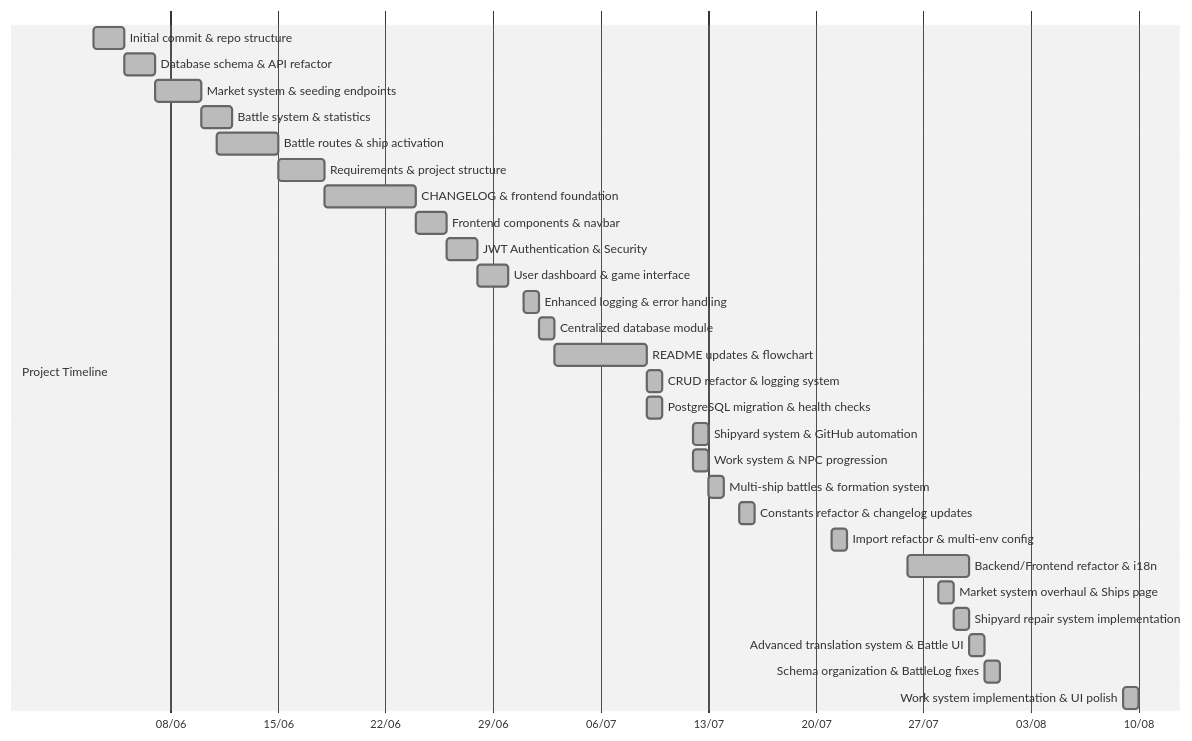
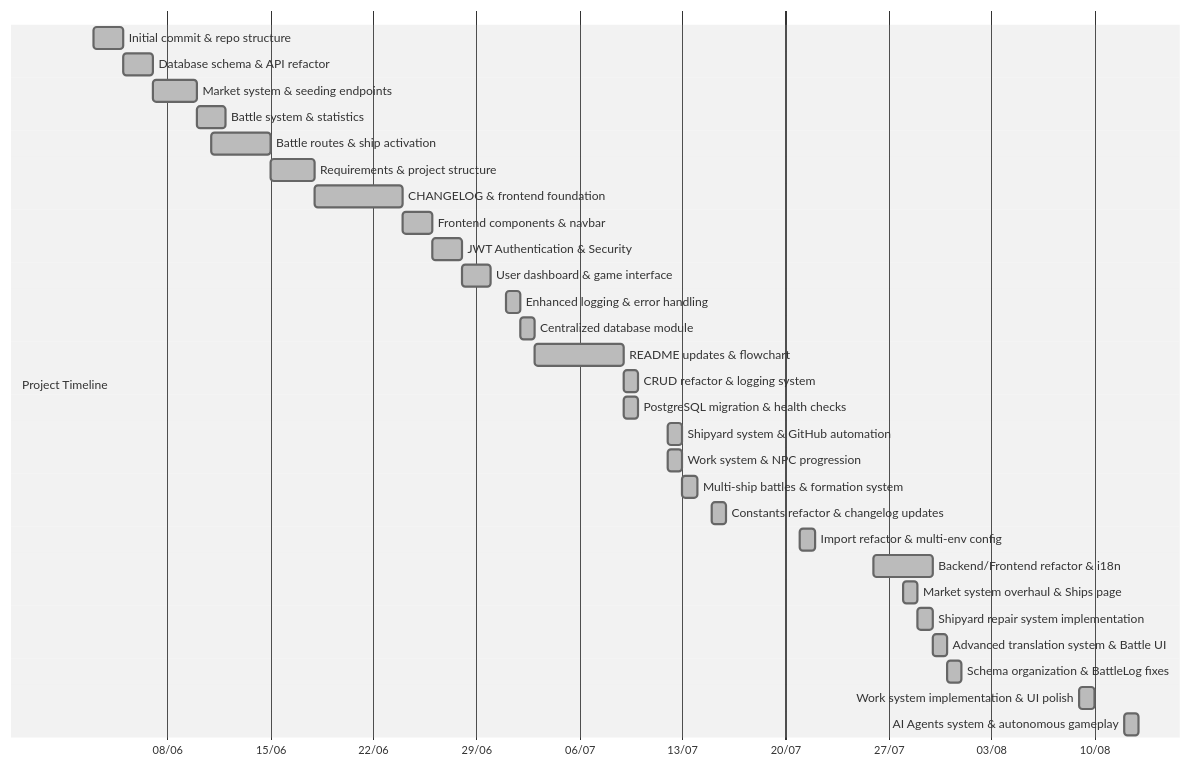
One commit to FilipePacheco73/Bellum-Astrum changed the diagram in README.md. Above: the diagram before and after it, drawn with Mermaid (neutral theme). The commit also changed other lines of this file and 27 other files, not shown here.

````diff
--- a/README.md
+++ b/README.md
@@ -88,32 +111,33 @@
 ```mermaid
 gantt
 dateFormat  YYYY-MM-DD
 axisFormat  %d/%m
 section Project Timeline
 Initial commit & repo structure        :done,    des1, 2025-06-03, 2d
 Database schema & API refactor         :done,    des2, 2025-06-05, 2d
 Market system & seeding endpoints      :done,    des3, 2025-06-07, 3d
 Battle system & statistics             :done,    des4, 2025-06-10, 2d
 Battle routes & ship activation        :done,    des5, 2025-06-11, 4d
 Requirements & project structure       :done,    des6, 2025-06-15, 3d
 CHANGELOG & frontend foundation        :done,    des7, 2025-06-18, 6d
 Frontend components & navbar           :done,    des8, 2025-06-24, 2d
 JWT Authentication & Security          :done,    des9, 2025-06-26, 2d
 User dashboard & game interface        :done,    des10, 2025-06-28, 2d
 Enhanced logging & error handling      :done,    des11, 2025-07-01, 1d
 Centralized database module            :done,    des12, 2025-07-02, 1d
 README updates & flowchart             :done,    des13, 2025-07-03, 6d
 CRUD refactor & logging system         :done,    des14, 2025-07-09, 1d
 PostgreSQL migration & health checks   :done,    des15, 2025-07-09, 1d
 Shipyard system & GitHub automation    :done,    des16, 2025-07-12, 1d
 Work system & NPC progression          :done,    des17, 2025-07-12, 1d
 Multi-ship battles & formation system  :done,    des18, 2025-07-13, 1d
 Constants refactor & changelog updates :done,    des19, 2025-07-15, 1d
 Import refactor & multi-env config     :done,    des20, 2025-07-21, 1d
 Backend/Frontend refactor & i18n       :done,    des21, 2025-07-26, 4d
 Market system overhaul & Ships page    :done,    des22, 2025-07-28, 1d
 Shipyard repair system implementation  :done,    des23, 2025-07-29, 1d
 Advanced translation system & Battle UI :done,   des24, 2025-07-30, 1d
 Schema organization & BattleLog fixes  :done,    des25, 2025-07-31, 1d
 Work system implementation & UI polish :done,    des26, 2025-08-09, 1d
+AI Agents system & autonomous gameplay :done,    des27, 2025-08-12, 1d
 ```
````
